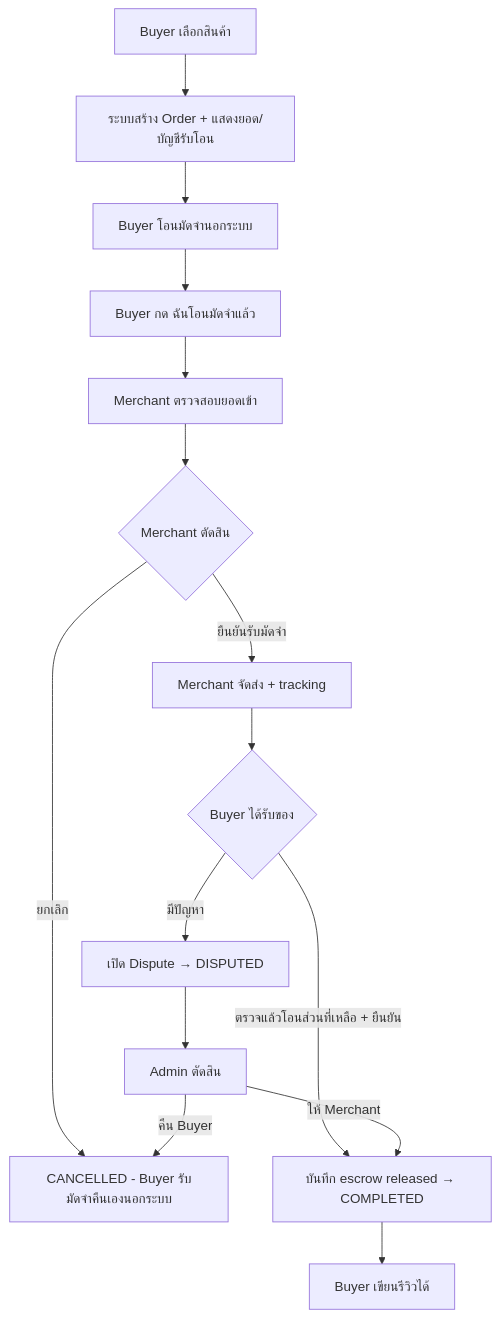
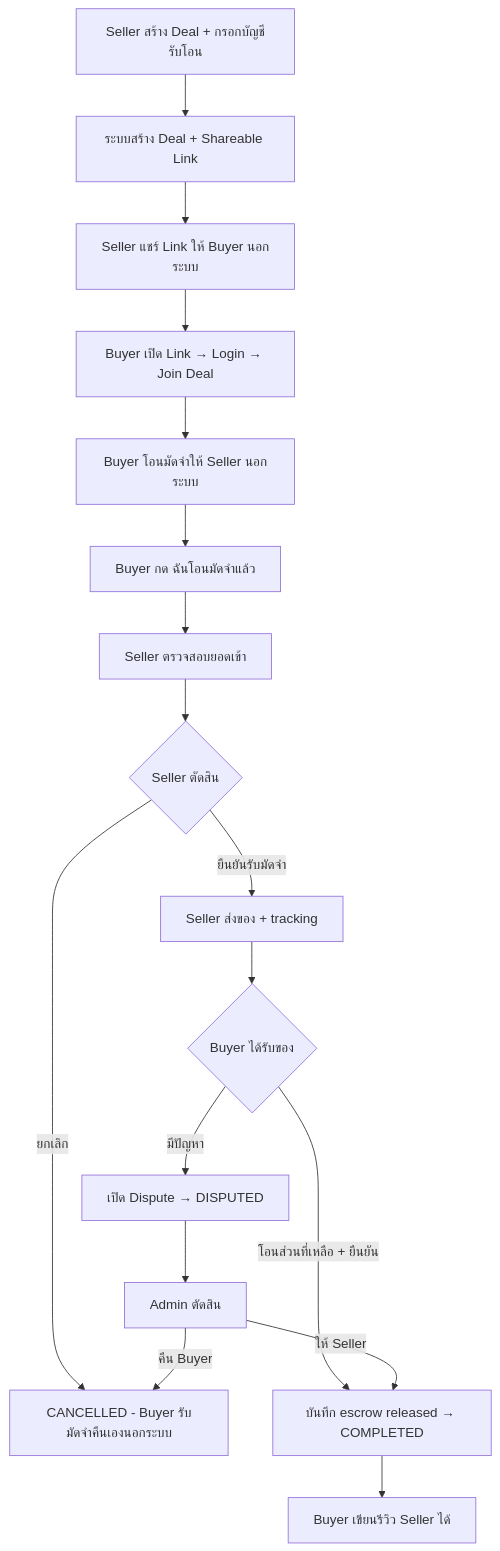
The first of 4 diagrams in initial-requirement.md (chumphon28/gig-guard), drawn with Mermaid before and after one commit. The commit also changed other lines of this file, not shown here.

````diff
--- a/initial-requirement.md
+++ b/initial-requirement.md
@@ -124,17 +317,19 @@
 ```mermaid
 flowchart TD
-    A[Buyer เลือกสินค้า] --> B[ระบบสร้าง Order + แสดงยอด/บัญชีรับโอน]
-    B --> C[Buyer โอนมัดจำนอกระบบ]
-    C --> D[Buyer กด ฉันโอนมัดจำแล้ว]
-    D --> E[Merchant ตรวจสอบยอดเข้า]
-    E --> F{Merchant ตัดสิน}
-    F -- ยืนยันรับมัดจำ --> G[Merchant จัดส่ง + tracking]
-    F -- ยกเลิก --> H[CANCELLED - Buyer รับมัดจำคืนเองนอกระบบ]
-    G --> I{Buyer ได้รับของ}
-    I -- ตรวจแล้วโอนส่วนที่เหลือ + ยืนยัน --> J[บันทึก escrow released → COMPLETED]
-    I -- มีปัญหา --> K[เปิด Dispute → DISPUTED]
-    K --> L[Admin ตัดสิน]
-    L -- คืน Buyer --> H
-    L -- ให้ Merchant --> J
-    J --> M[Buyer เขียนรีวิวได้]
+    A[Seller สร้าง Deal + กรอกบัญชีรับโอน] --> B[ระบบสร้าง Deal + Shareable Link]
+    B --> C[Seller แชร์ Link ให้ Buyer นอกระบบ]
+    C --> D[Buyer เปิด Link → Login → Join Deal]
+    D --> E[Buyer โอนมัดจำให้ Seller นอกระบบ]
+    E --> F[Buyer กด ฉันโอนมัดจำแล้ว]
+    F --> G[Seller ตรวจสอบยอดเข้า]
+    G --> H{Seller ตัดสิน}
+    H -- ยืนยันรับมัดจำ --> I[Seller ส่งของ + tracking]
+    H -- ยกเลิก --> J[CANCELLED - Buyer รับมัดจำคืนเองนอกระบบ]
+    I --> K{Buyer ได้รับของ}
+    K -- โอนส่วนที่เหลือ + ยืนยัน --> L[บันทึก escrow released → COMPLETED]
+    K -- มีปัญหา --> M[เปิด Dispute → DISPUTED]
+    M --> N[Admin ตัดสิน]
+    N -- คืน Buyer --> J
+    N -- ให้ Seller --> L
+    L --> O[Buyer เขียนรีวิว Seller ได้]
 ```
````
